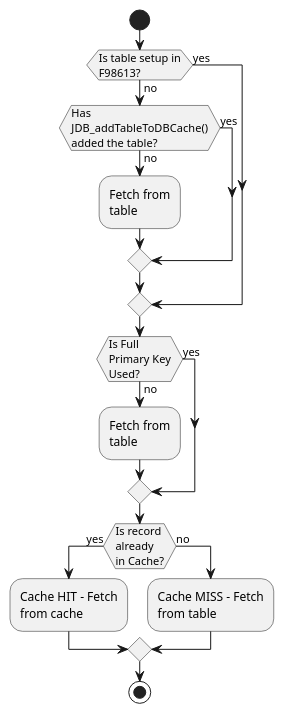
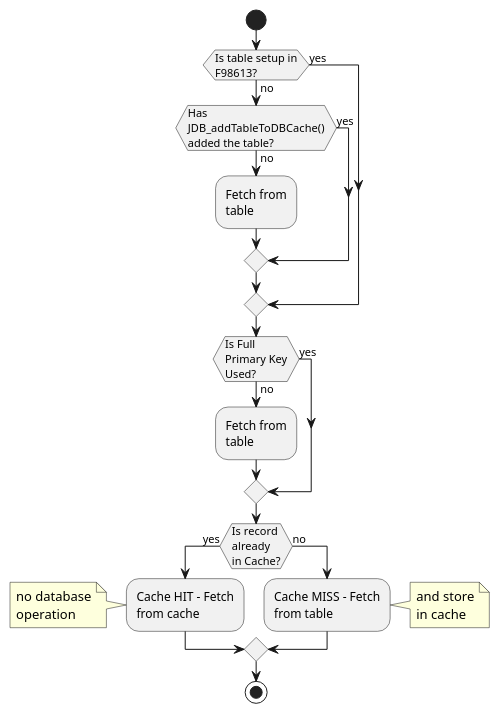
One commit to GiovaniPM/DMNTests changed the diagram in Courses/JDE Cache/E1 Cache Concepts – JDB Cache – Part 2 .md. Above: the diagram before and after it, drawn with PlantUML. The commit also changed other lines of this file, not shown here.

Commit message:
giova(DESKTOP-PG18CKU) 210220110725

````diff
--- a/Courses/JDE Cache/E1 Cache Concepts – JDB Cache – Part 2 .md
+++ b/Courses/JDE Cache/E1 Cache Concepts – JDB Cache – Part 2 .md
@@ -23,22 +25,30 @@
 ``` plantuml
 @startuml
 start
 if (Is table setup in\nF98613?) then (yes)
 else (no)
     if (Has\nJDB_addTableToDBCache()\nadded the table?) then (yes)
     else (no)
         :Fetch from\ntable;
     endif
 endif
 if (Is Full\nPrimary Key\nUsed?) then (yes)
 else (no)
-   :Fetch from\ntable;
+    :Fetch from\ntable;
 endif
 if (Is record\nalready\nin Cache?) then (yes)
-   :Cache HIT - Fetch\nfrom cache;
+    :Cache HIT - Fetch\nfrom cache;
+    note left
+        no database
+        operation
+    end note
 else (no)
-   :Cache MISS - Fetch\nfrom table;
+    :Cache MISS - Fetch\nfrom table;
+    note right
+        and store
+        in cache
+    end note
 endif
 stop
 @enduml
 ```
````
